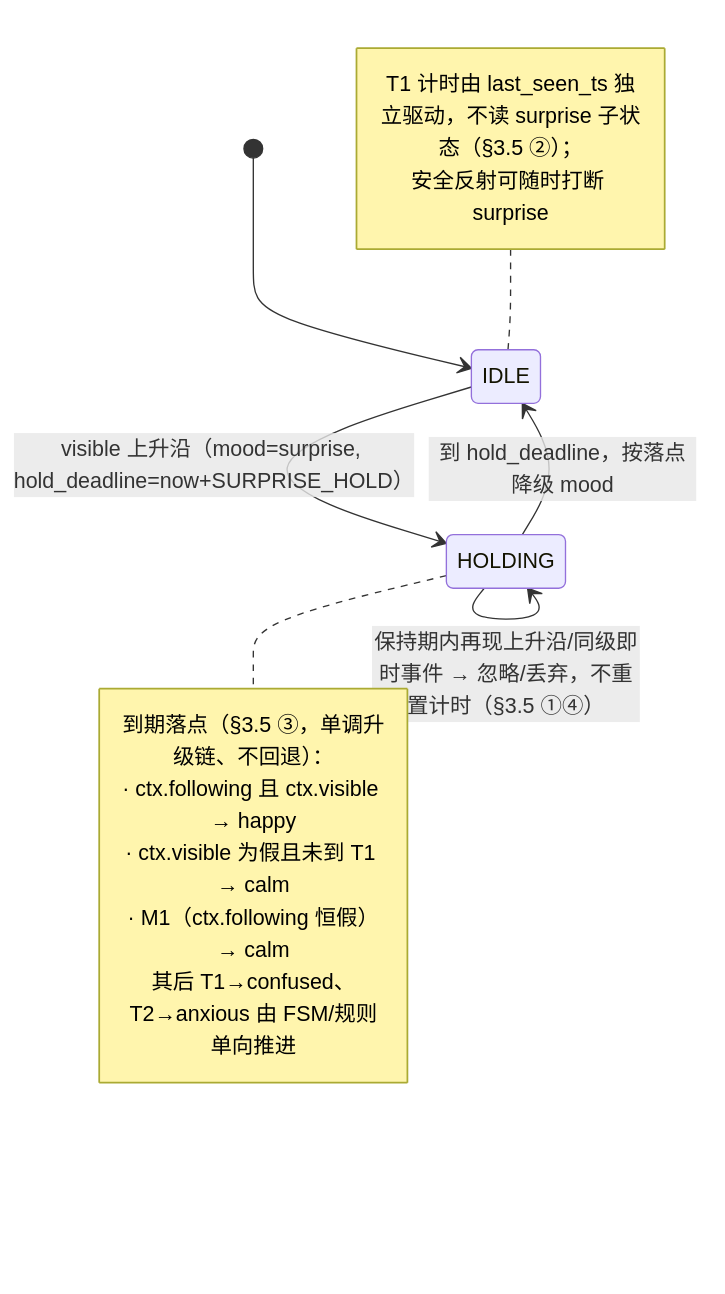
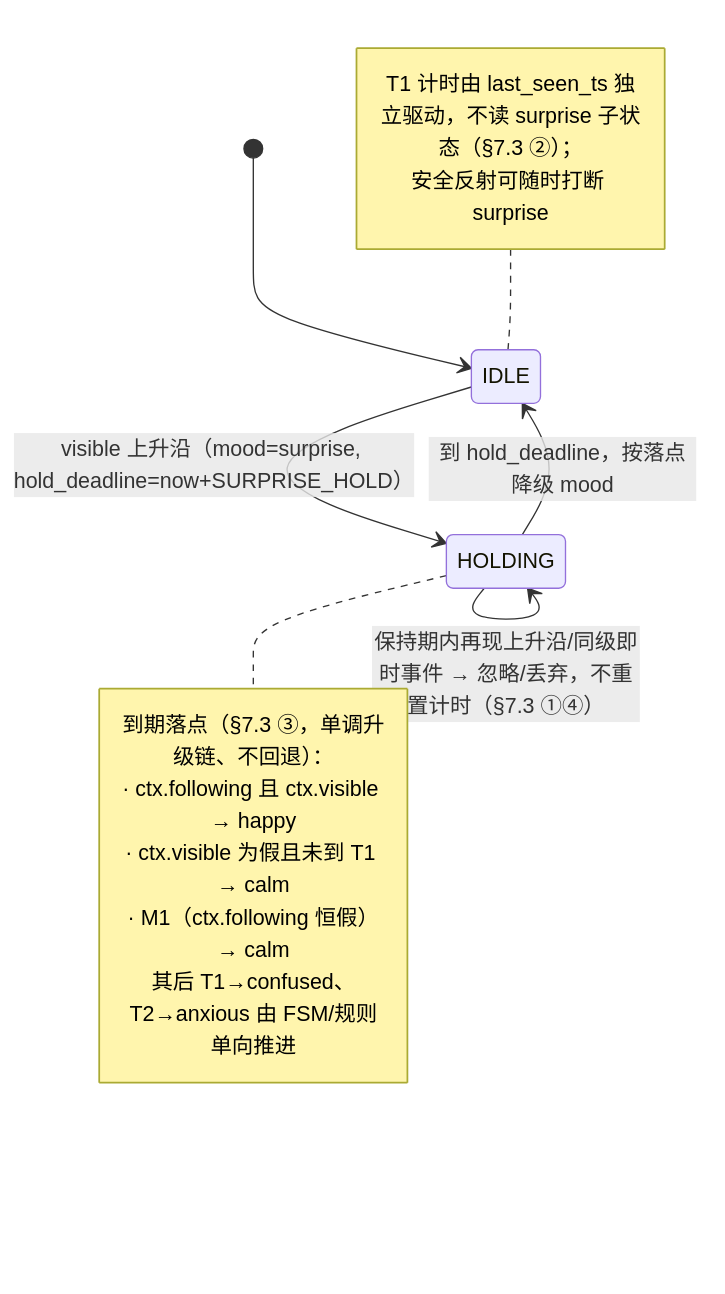
Before and after one commit to keeploading/super-baby: the eighth of 12 diagrams in docs/requirements/follow-me/follow-me-fds.md, drawn with Mermaid. The commit also changed other lines of this file and 3 other files, not shown here.

````diff
--- a/docs/requirements/follow-me/follow-me-fds.md
+++ b/docs/requirements/follow-me/follow-me-fds.md
@@ -319,19 +782,19 @@
 ```mermaid
 stateDiagram-v2
     [*] --> IDLE
     IDLE --> HOLDING : visible 上升沿（mood=surprise, hold_deadline=now+SURPRISE_HOLD）
-    HOLDING --> HOLDING : 保持期内再现上升沿/同级即时事件 → 忽略/丢弃，不重置计时（§3.5 ①④）
+    HOLDING --> HOLDING : 保持期内再现上升沿/同级即时事件 → 忽略/丢弃，不重置计时（§7.3 ①④）
     HOLDING --> IDLE : 到 hold_deadline，按落点降级 mood
 
     note right of HOLDING
-        到期落点（§3.5 ③，单调升级链、不回退）：
+        到期落点（§7.3 ③，单调升级链、不回退）：
         · ctx.following 且 ctx.visible → happy
         · ctx.visible 为假且未到 T1 → calm
         · M1（ctx.following 恒假）→ calm
         其后 T1→confused、T2→anxious 由 FSM/规则单向推进
     end note
     note left of IDLE
-        T1 计时由 last_seen_ts 独立驱动，不读 surprise 子状态（§3.5 ②）；
+        T1 计时由 last_seen_ts 独立驱动，不读 surprise 子状态（§7.3 ②）；
         安全反射可随时打断 surprise
     end note
 ```
````
